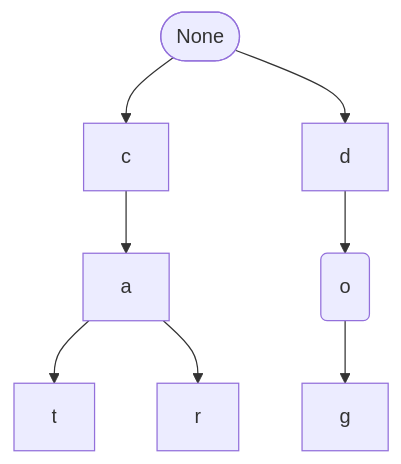
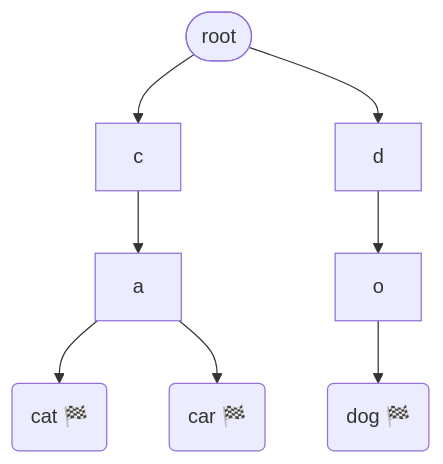
One commit to WouNice/Algorithm-and-Data-Structure changed the second of 10 diagrams in 字符串/字符串替换研究.md. Above: the diagram before and after it, drawn with Mermaid. The commit also changed other lines of this file and 116 other files, not shown here.

````diff
--- a/字符串/字符串替换研究.md
+++ b/字符串/字符串替换研究.md
@@ -157,6 +205,7 @@
 ```mermaid
 flowchart TD
-    root(["None"])-->c-->a-->t
-    a-->r
-    root-->d-->O(o)-->g
+    root(["root"])
+    root --> c["c"] --> a["a"] --> t("cat 🏁")
+    a["a"] --> r("car 🏁")
+    root --> d["d"] --> o["o"] --> g("dog 🏁")
 ```
````
